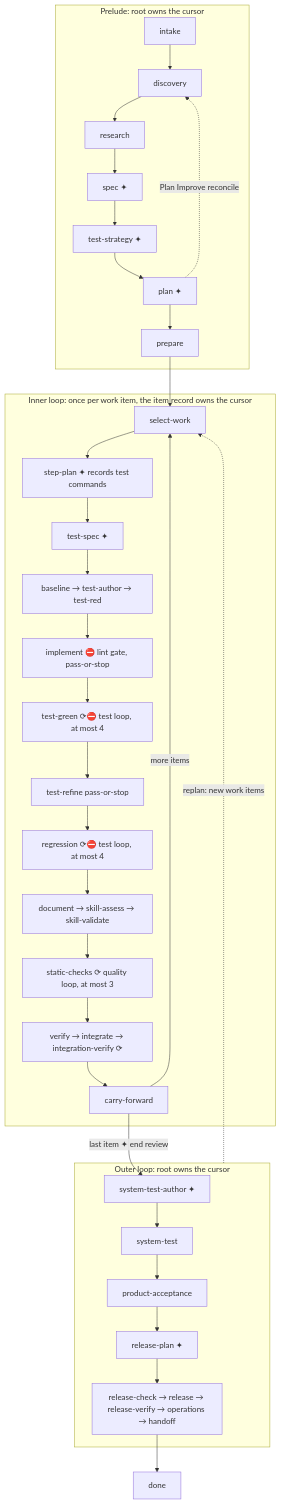
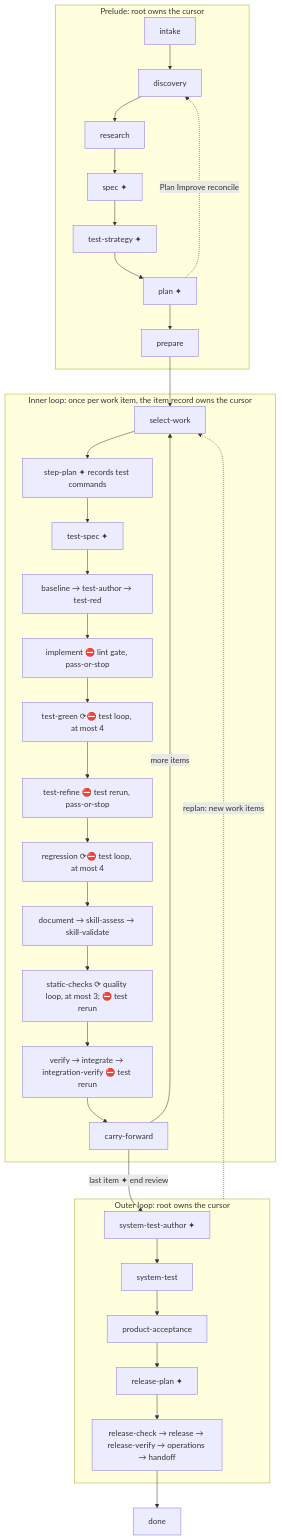
Before and after one commit to whichguy/skill-craft: the second of 4 diagrams in skills/shiploop/references/navigator.md, drawn with Mermaid. The commit also changed other lines of this file and 8 other files, not shown here.

````diff
--- a/skills/shiploop/references/navigator.md
+++ b/skills/shiploop/references/navigator.md
@@ -66,27 +66,27 @@
 ```mermaid
 flowchart TD
   subgraph PRELUDE[Prelude: root owns the cursor]
     intake --> discovery --> research --> spec[spec ✦] --> ts[test-strategy ✦] --> plan[plan ✦] --> prepare
     plan -. "Plan Improve reconcile" .-> discovery
   end
   prepare --> SW
   subgraph INNER[Inner loop: once per work item, the item record owns the cursor]
     SW[select-work] --> SP[step-plan ✦ records test commands] --> TS[test-spec ✦] --> BL[baseline → test-author → test-red]
     BL --> IM[implement ⛔ lint gate, pass-or-stop]
     IM --> TG[test-green ⟳⛔ test loop, at most 4]
-    TG --> TR[test-refine pass-or-stop]
+    TG --> TR[test-refine ⛔ test rerun, pass-or-stop]
     TR --> RG[regression ⟳⛔ test loop, at most 4]
     RG --> DOC[document → skill-assess → skill-validate]
-    DOC --> SC[static-checks ⟳ quality loop, at most 3]
-    SC --> VI[verify → integrate → integration-verify ⟳]
+    DOC --> SC[static-checks ⟳ quality loop, at most 3; ⛔ test rerun]
+    SC --> VI[verify → integrate → integration-verify ⛔ test rerun]
     VI --> CF[carry-forward]
     CF -->|more items| SW
   end
   CF -->|"last item ✦ end review"| STA
   subgraph OUTER[Outer loop: root owns the cursor]
     STA[system-test-author ✦] --> ST[system-test] --> PA[product-acceptance] --> RP[release-plan ✦]
     RP --> REL[release-check → release → release-verify → operations → handoff]
   end
   OUTER -. "replan: new work items" .-> SW
   REL --> done
 ```
````
